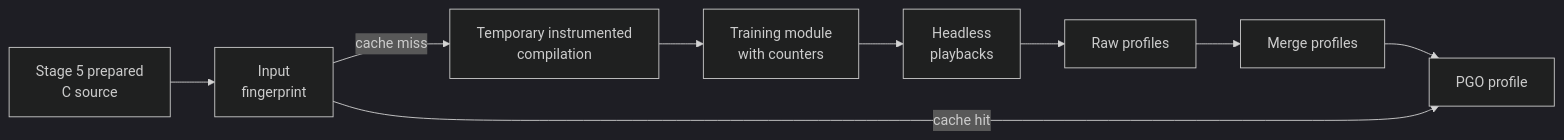
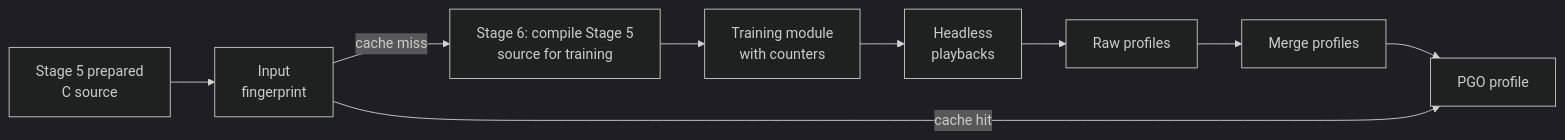
The ninth of 10 diagrams in docs/architecture/Build.md (Aelbannan/boat_of_daphnes), drawn with Mermaid (dark theme) before and after one commit. The commit also changed other lines of this file, not shown here.

Commit message:
docs: pinpoint when training compilation occurs

````diff
--- a/docs/architecture/Build.md
+++ b/docs/architecture/Build.md
@@ -470,15 +473,15 @@
 ```mermaid
 flowchart LR
     Prepared["Stage 5 prepared<br/>C source"]
     Fingerprint["Input<br/>fingerprint"]
-    Compile["Temporary instrumented<br/>compilation"]
+    Compile["Stage 6: compile Stage 5<br/>source for training"]
     Instrumented["Training module<br/>with counters"]
     Playback["Headless<br/>playbacks"]
     Raw["Raw profiles"]
     Merge["Merge profiles"]
     Profile["PGO profile"]
 
     Prepared --> Fingerprint
     Fingerprint -->|cache miss| Compile --> Instrumented --> Playback --> Raw --> Merge --> Profile
     Fingerprint -->|cache hit| Profile
 ```
````
